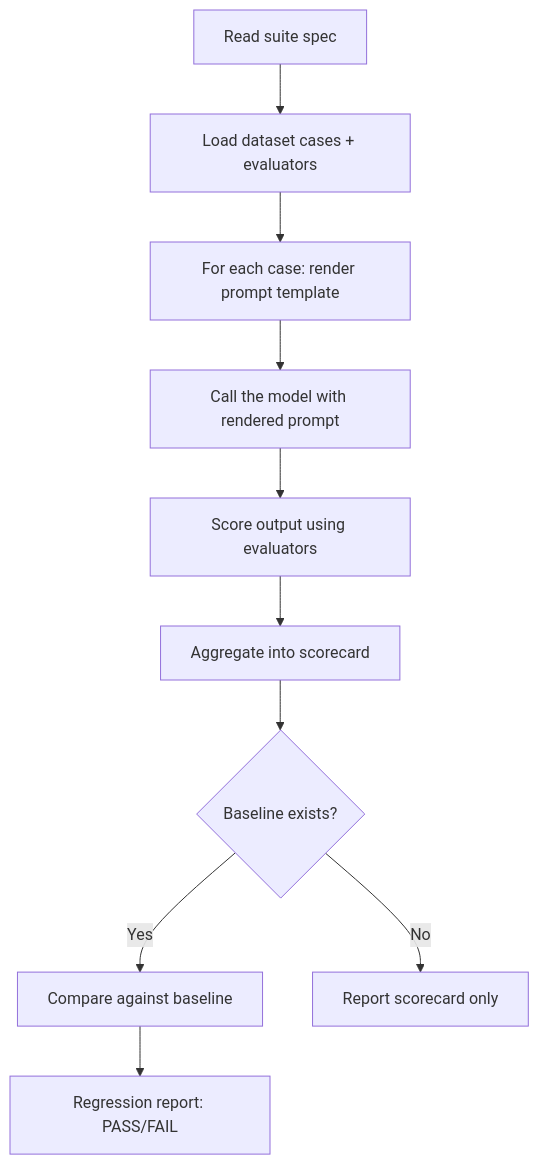
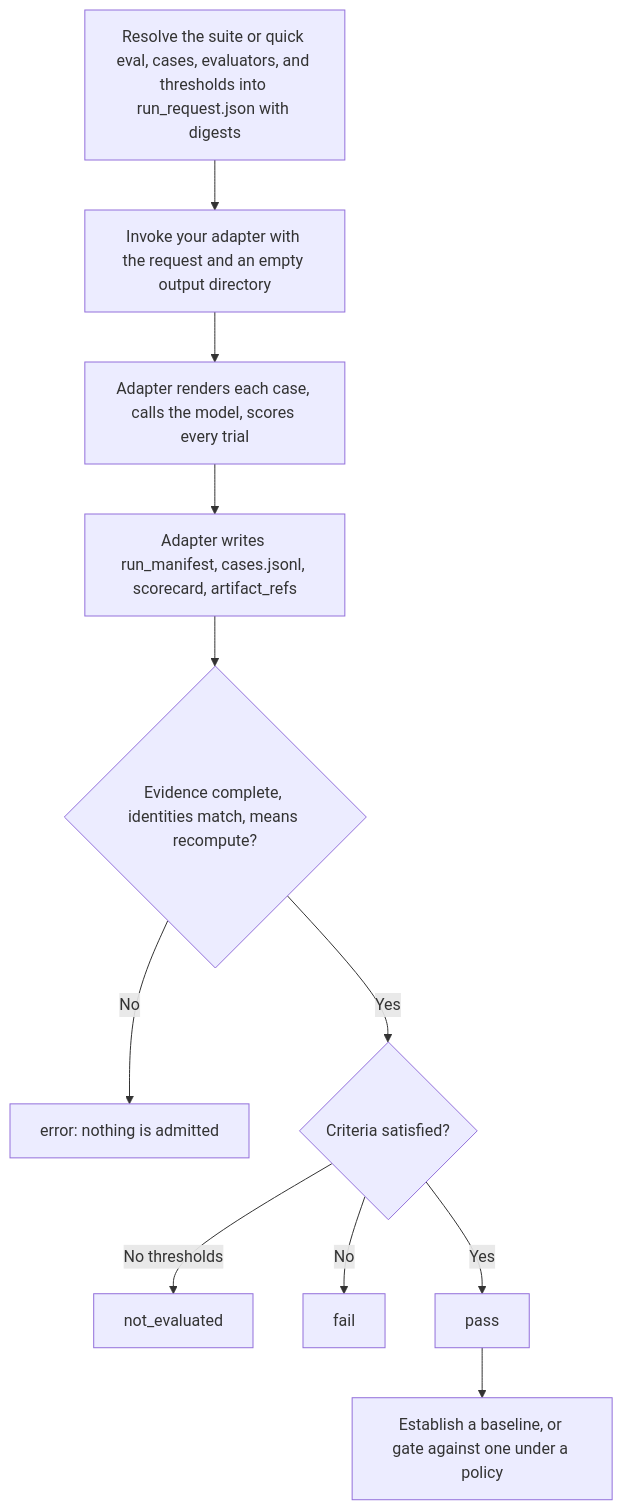
Before and after one commit to BintzGavin/apastra: the diagram in README.md, drawn with Mermaid. The commit also changed other lines of this file, not shown here.

First line of the commit message:
docs: explain how evals run and how they are written up front (#2204)

````diff
--- a/README.md
+++ b/README.md
@@ -312,12 +95,13 @@
 ```mermaid
 flowchart TD
-  A[Read suite spec] --> B[Load dataset cases + evaluators]
-  B --> C[For each case: render prompt template]
-  C --> D[Call the model with rendered prompt]
-  D --> E[Score output using evaluators]
-  E --> F[Aggregate into scorecard]
-  F --> G{Baseline exists?}
-  G -->|Yes| H[Compare against baseline]
-  G -->|No| I[Report scorecard only]
-  H --> J[Regression report: PASS/FAIL]
+  A[Resolve the suite or quick eval, cases, evaluators, and thresholds into run_request.json with digests] --> B[Invoke your adapter with the request and an empty output directory]
+  B --> C[Adapter renders each case, calls the model, scores every trial]
+  C --> D[Adapter writes run_manifest, cases.jsonl, scorecard, artifact_refs]
+  D --> E{Evidence complete, identities match, means recompute?}
+  E -->|No| F[error: nothing is admitted]
+  E -->|Yes| G{Criteria satisfied?}
+  G -->|No thresholds| H[not_evaluated]
+  G -->|No| I[fail]
+  G -->|Yes| J[pass]
+  J --> K[Establish a baseline, or gate against one under a policy]
 ```
````
